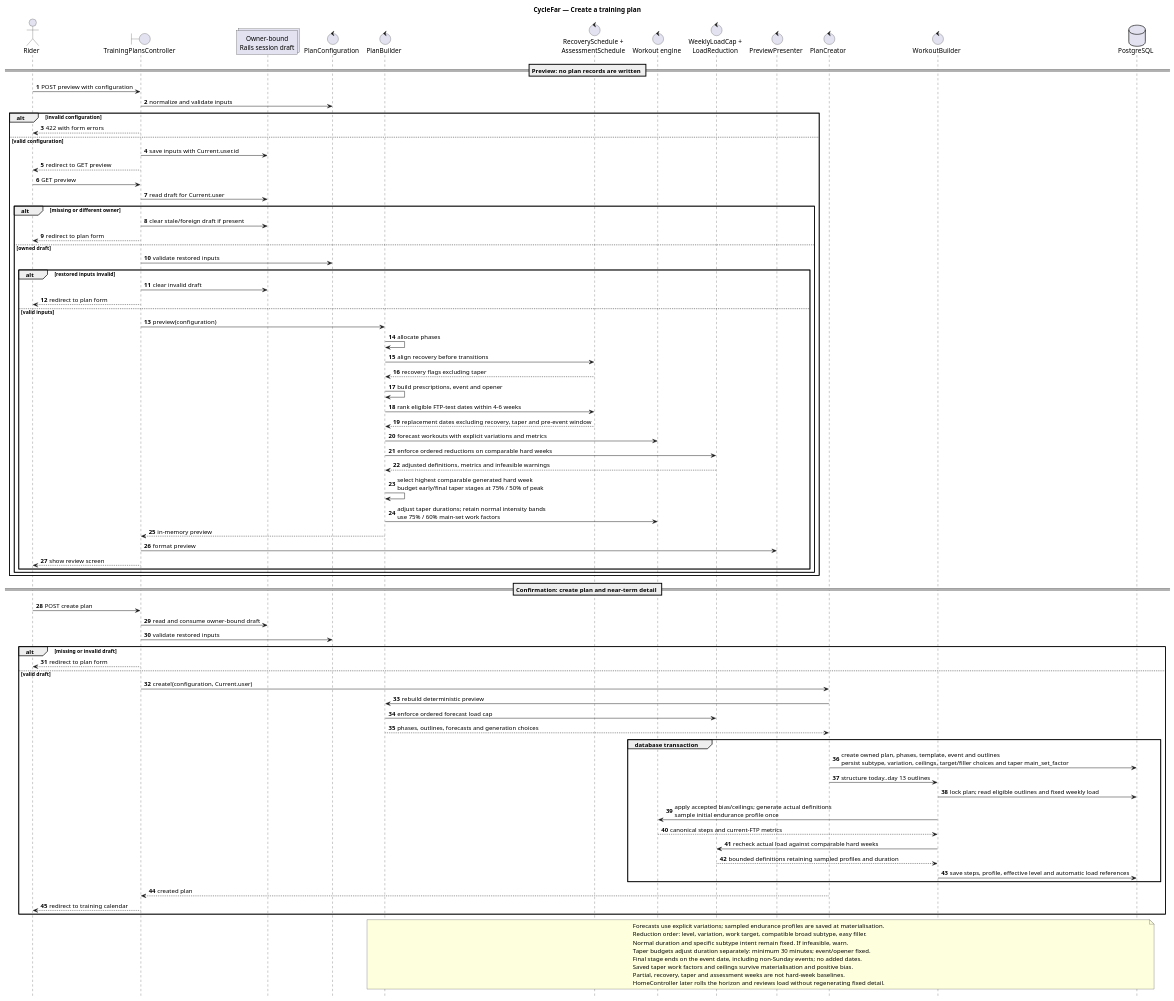
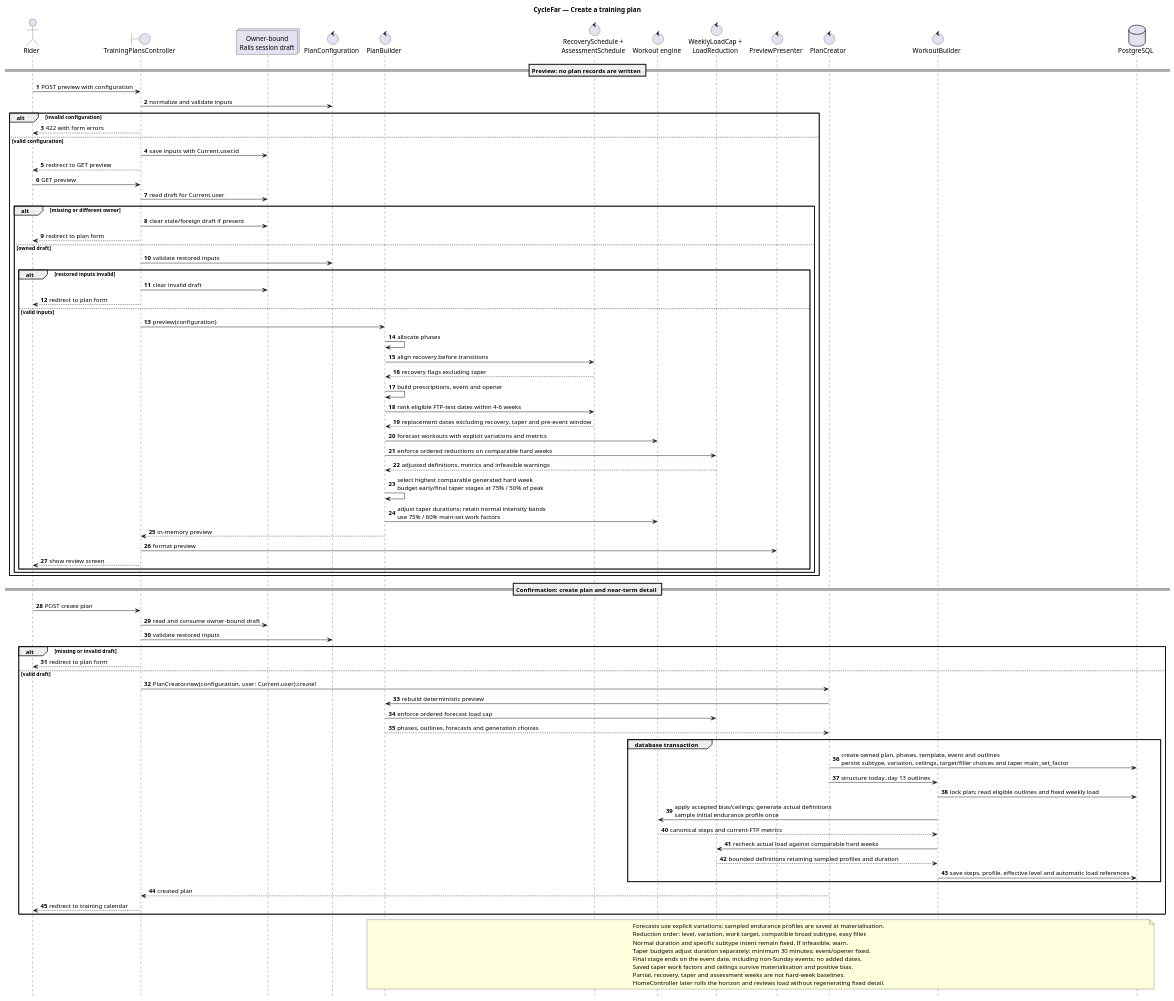
One commit to richardhartme/cyclefar changed the diagram in docs/diagrams/sequence-cyclefar-plan-creation.puml. Above: the diagram before and after it, drawn with PlantUML. The commit also changed 20 other files, not shown here.

Commit message:
Updated diagrams

```diff
--- a/docs/diagrams/sequence-cyclefar-plan-creation.puml
+++ b/docs/diagrams/sequence-cyclefar-plan-creation.puml
@@ -1,93 +1,93 @@
 @startuml
 title CycleFar — Create a training plan
 
 autonumber
 hide footbox
 
 actor Rider
 boundary "TrainingPlansController" as Controller
 collections "Owner-bound\nRails session draft" as Draft
 control "PlanConfiguration" as Configuration
 control "PlanBuilder" as Builder
 control "RecoverySchedule +\nAssessmentSchedule" as ScheduleRules
 control "Workout engine" as Engine
 control "WeeklyLoadCap +\nLoadReduction" as LoadRules
 control "PreviewPresenter" as Presenter
 control "PlanCreator" as Creator
 control "WorkoutBuilder" as Materializer
 database "PostgreSQL" as Database
 
 == Preview: no plan records are written ==
 Rider -> Controller: POST preview with configuration
 Controller -> Configuration: normalize and validate inputs
 alt invalid configuration
   Controller --> Rider: 422 with form errors
 else valid configuration
   Controller -> Draft: save inputs with Current.user.id
   Controller --> Rider: redirect to GET preview
   Rider -> Controller: GET preview
   Controller -> Draft: read draft for Current.user
   alt missing or different owner
     Controller -> Draft: clear stale/foreign draft if present
     Controller --> Rider: redirect to plan form
   else owned draft
     Controller -> Configuration: validate restored inputs
     alt restored inputs invalid
       Controller -> Draft: clear invalid draft
       Controller --> Rider: redirect to plan form
     else valid inputs
       Controller -> Builder: preview(configuration)
       Builder -> Builder: allocate phases
       Builder -> ScheduleRules: align recovery before transitions
       ScheduleRules --> Builder: recovery flags excluding taper
       Builder -> Builder: build prescriptions, event and opener
       Builder -> ScheduleRules: rank eligible FTP-test dates within 4-6 weeks
       ScheduleRules --> Builder: replacement dates excluding recovery, taper and pre-event window
       Builder -> Engine: forecast workouts with explicit variations and metrics
       Builder -> LoadRules: enforce ordered reductions on comparable hard weeks
       LoadRules --> Builder: adjusted definitions, metrics and infeasible warnings
       Builder -> Builder: select highest comparable generated hard week\nbudget early/final taper stages at 75% / 50% of peak
       Builder -> Engine: adjust taper durations; retain normal intensity bands\nuse 75% / 60% main-set work factors
       Builder --> Controller: in-memory preview
       Controller -> Presenter: format preview
       Controller --> Rider: show review screen
     end
   end
 end
 
 == Confirmation: create plan and near-term detail ==
 Rider -> Controller: POST create plan
 Controller -> Draft: read and consume owner-bound draft
 Controller -> Configuration: validate restored inputs
 alt missing or invalid draft
   Controller --> Rider: redirect to plan form
 else valid draft
-  Controller -> Creator: create!(configuration, Current.user)
+  Controller -> Creator: PlanCreator.new(configuration, user: Current.user).create!
   Creator -> Builder: rebuild deterministic preview
   Builder -> LoadRules: enforce ordered forecast load cap
   Builder --> Creator: phases, outlines, forecasts and generation choices
   group database transaction
     Creator -> Database: create owned plan, phases, template, event and outlines\npersist subtype, variation, ceilings, target/filler choices and taper main_set_factor
     Creator -> Materializer: structure today..day 13 outlines
     Materializer -> Database: lock plan; read eligible outlines and fixed weekly load
     Materializer -> Engine: apply accepted bias/ceilings; generate actual definitions\nsample initial endurance profile once
     Engine --> Materializer: canonical steps and current-FTP metrics
     Materializer -> LoadRules: recheck actual load against comparable hard weeks
     LoadRules --> Materializer: bounded definitions retaining sampled profiles and duration
     Materializer -> Database: save steps, profile, effective level and automatic load references
   end
   Creator --> Controller: created plan
   Controller --> Rider: redirect to training calendar
 end
 
 note over Builder, Database
   Forecasts use explicit variations; sampled endurance profiles are saved at materialisation.
   Reduction order: level, variation, work target, compatible broad subtype, easy filler.
   Normal duration and specific subtype intent remain fixed. If infeasible, warn.
   Taper budgets adjust duration separately: minimum 30 minutes; event/opener fixed.
   Final stage ends on the event date, including non-Sunday events; no added dates.
   Saved taper work factors and ceilings survive materialisation and positive bias.
   Partial, recovery, taper and assessment weeks are not hard-week baselines.
   HomeController later rolls the horizon and reviews load without regenerating fixed detail.
 end note
 @enduml
```
